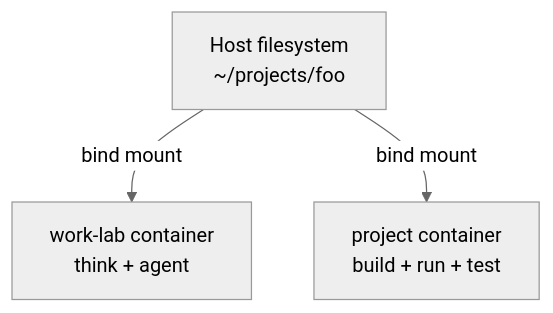
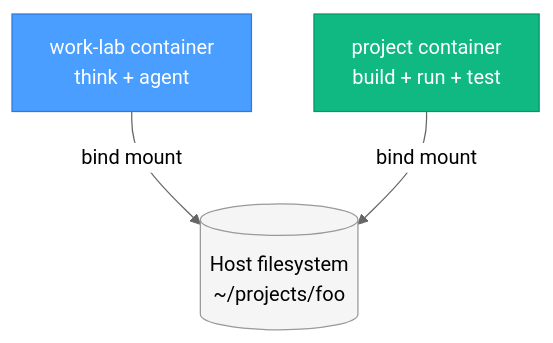
One commit to modern-tooling/work-lab changed the second of 2 diagrams in README.md. Above: the diagram before and after it, drawn with Mermaid (neutral theme). The commit also changed other lines of this file, not shown here.

Commit message:
Improve Mermaid diagrams
- Containers on top, filesystem on bottom (standard convention)
- Add colors: work-lab (blue), project container (green), filesystem (gray)
- Use cylinder shape for filesystem

````diff
--- a/README.md
+++ b/README.md
@@ -95,8 +97,11 @@
 ```mermaid
 flowchart TB
-    Host[Host filesystem<br/>~/projects/foo]
     WL[work-lab container<br/>think + agent]
     Proj[project container<br/>build + run + test]
-    Host -->|bind mount| WL
-    Host -->|bind mount| Proj
+    Host[(Host filesystem<br/>~/projects/foo)]
+    WL -->|bind mount| Host
+    Proj -->|bind mount| Host
+    style WL fill:#4a9eff,stroke:#2d7ad9,color:#fff
+    style Proj fill:#10b981,stroke:#059669,color:#fff
+    style Host fill:#f5f5f5,stroke:#999
 ```
````
